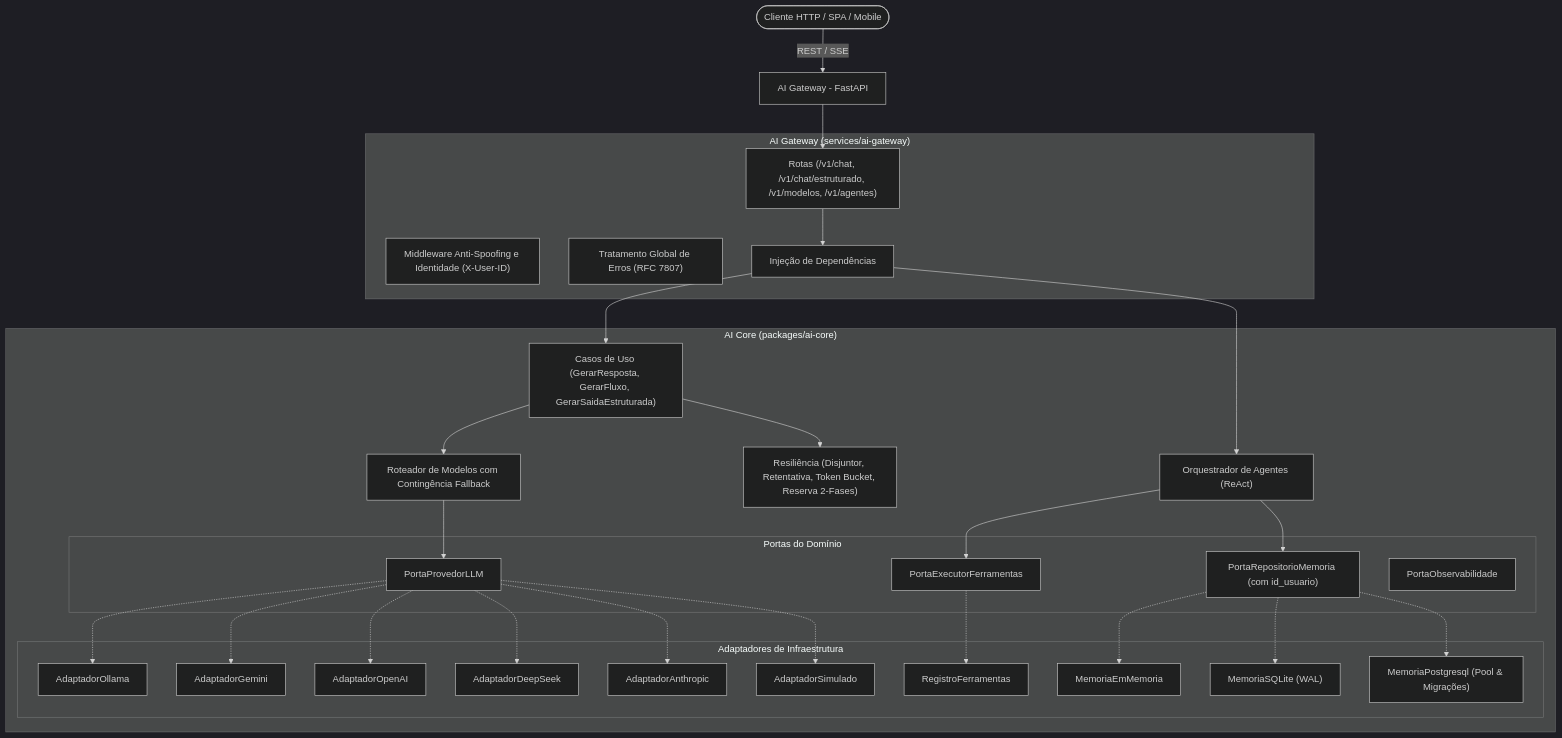
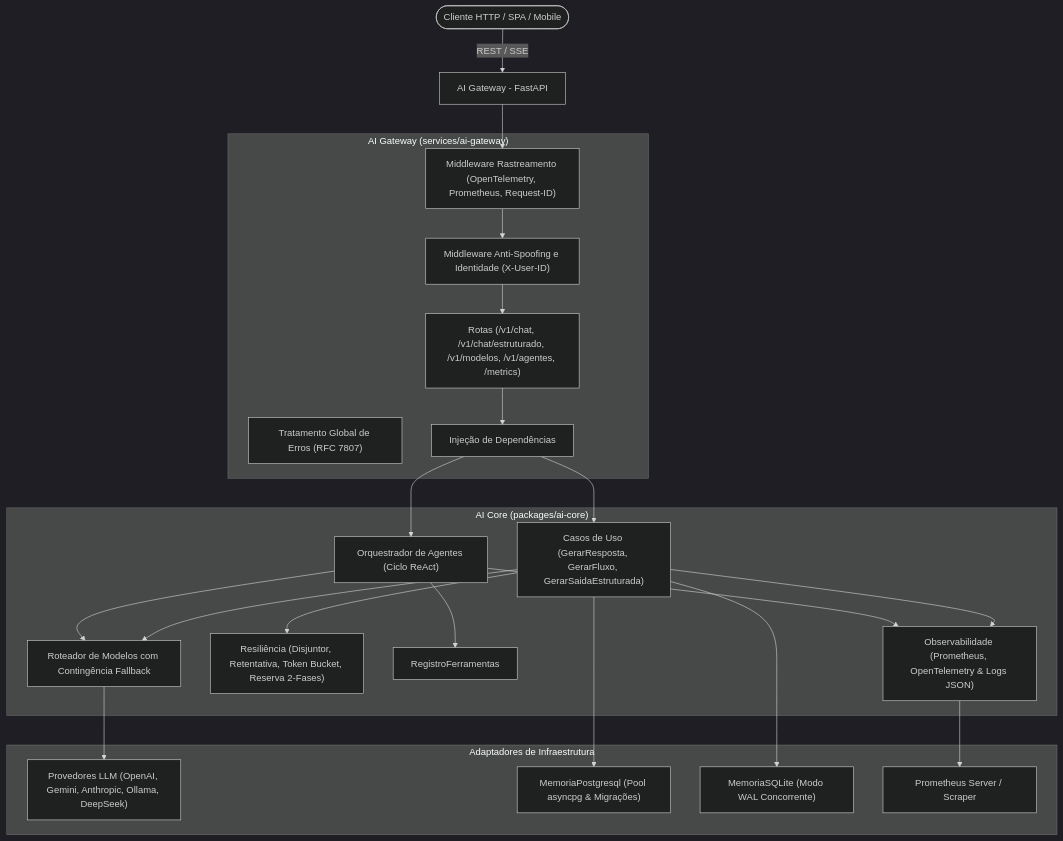
Before and after one commit to AirtonNettu/reusable-ai-backend-architecture: the diagram in README.md, drawn with Mermaid (dark theme). The commit also changed other lines of this file and 22 other files, not shown here.

First line of the commit message:
feat(observabilidade): metricas, tracing e logs estruturados (#3)

````diff
--- a/README.md
+++ b/README.md
@@ -33,60 +34,47 @@
 ```mermaid
 flowchart TD
     Cliente([Cliente HTTP / SPA / Mobile]) -->|REST / SSE| Gateway[AI Gateway - FastAPI]
     
     subgraph GatewayCamada ["AI Gateway (services/ai-gateway)"]
-        Rotas["Rotas (/v1/chat, /v1/chat/estruturado, /v1/modelos, /v1/agentes)"]
+        Rotas["Rotas (/v1/chat, /v1/chat/estruturado, /v1/modelos, /v1/agentes, /metrics)"]
         AuthMiddleware["Middleware Anti-Spoofing e Identidade (X-User-ID)"]
+        RastreamentoMiddleware["Middleware Rastreamento (OpenTelemetry, Prometheus, Request-ID)"]
         ErroMiddleware["Tratamento Global de Erros (RFC 7807)"]
         Injecao["Injeção de Dependências"]
     end
     
-    Gateway --> Rotas
+    Gateway --> RastreamentoMiddleware
+    RastreamentoMiddleware --> AuthMiddleware
+    AuthMiddleware --> Rotas
     Rotas --> Injecao
     
     subgraph CoreCamada ["AI Core (packages/ai-core)"]
         CasosUso["Casos de Uso (GerarResposta, GerarFluxo, GerarSaidaEstruturada)"]
         Roteador["Roteador de Modelos com Contingência Fallback"]
         Resiliencia["Resiliência (Disjuntor, Retentativa, Token Bucket, Reserva 2-Fases)"]
-        Orquestrador["Orquestrador de Agentes (ReAct)"]
-        
-        subgraph PortasContratos ["Portas do Domínio"]
-            PProvedor["PortaProvedorLLM"]
-            PFerramenta["PortaExecutorFerramentas"]
-            PMemoria["PortaRepositorioMemoria (com id_usuario)"]
-            PObserva["PortaObservabilidade"]
-        end
-        
-        subgraph AdaptadoresConcretos ["Adaptadores de Infraestrutura"]
-            AdpOllama["AdaptadorOllama"]
-            AdpGemini["AdaptadorGemini"]
-            AdpOpenAI["AdaptadorOpenAI"]
-            AdpDeepSeek["AdaptadorDeepSeek"]
-            AdpAnthropic["AdaptadorAnthropic"]
-            AdpSimulado["AdaptadorSimulado"]
-            RegFerramentas["RegistroFerramentas"]
-            MemoriaVolatil["MemoriaEmMemoria"]
-            MemoriaSQLite["MemoriaSQLite (WAL)"]
-            MemoriaPG["MemoriaPostgresql (Pool & Migrações)"]
-        end
+        Orquestrador["Orquestrador de Agentes (Ciclo ReAct)"]
+        RegFerramentas["RegistroFerramentas"]
+        Obs["Observabilidade (Prometheus, OpenTelemetry & Logs JSON)"]
     end
     
     Injecao --> CasosUso
     Injecao --> Orquestrador
     CasosUso --> Roteador
     CasosUso --> Resiliencia
-    Roteador --> PProvedor
-    Orquestrador --> PFerramenta
-    Orquestrador --> PMemoria
+    CasosUso --> Obs
+    Orquestrador --> Roteador
+    Orquestrador --> RegFerramentas
+    Orquestrador --> Obs
     
-    PProvedor -.-> AdpOllama
-    PProvedor -.-> AdpGemini
-    PProvedor -.-> AdpOpenAI
-    PProvedor -.-> AdpDeepSeek
-    PProvedor -.-> AdpAnthropic
-    PProvedor -.-> AdpSimulado
-    PFerramenta -.-> RegFerramentas
-    PMemoria -.-> MemoriaVolatil
-    PMemoria -.-> MemoriaSQLite
-    PMemoria -.-> MemoriaPG
+    subgraph AdaptadoresCamada ["Adaptadores de Infraestrutura"]
+        Provedores["Provedores LLM (OpenAI, Gemini, Anthropic, Ollama, DeepSeek)"]
+        Postgres["MemoriaPostgresql (Pool asyncpg & Migrações)"]
+        SQLite["MemoriaSQLite (Modo WAL Concorrente)"]
+        Prometheus["Prometheus Server / Scraper"]
+    end
+    
+    Roteador --> Provedores
+    CasosUso --> Postgres
+    CasosUso --> SQLite
+    Obs --> Prometheus
 ```
````
